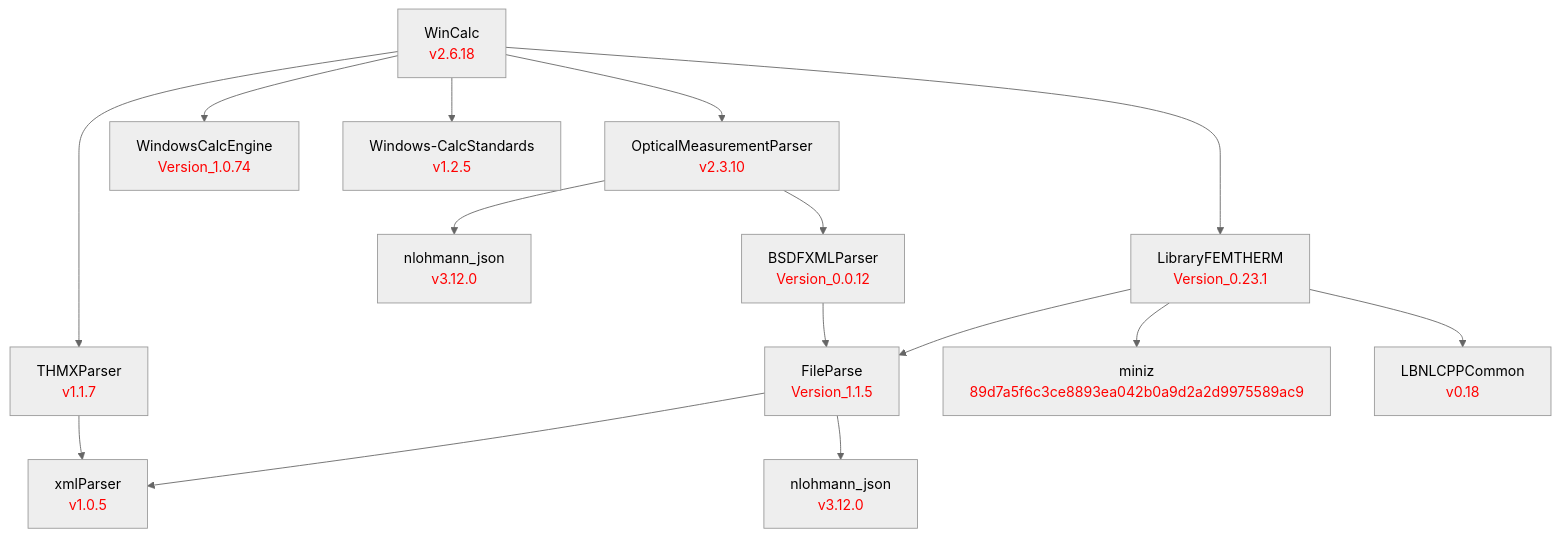
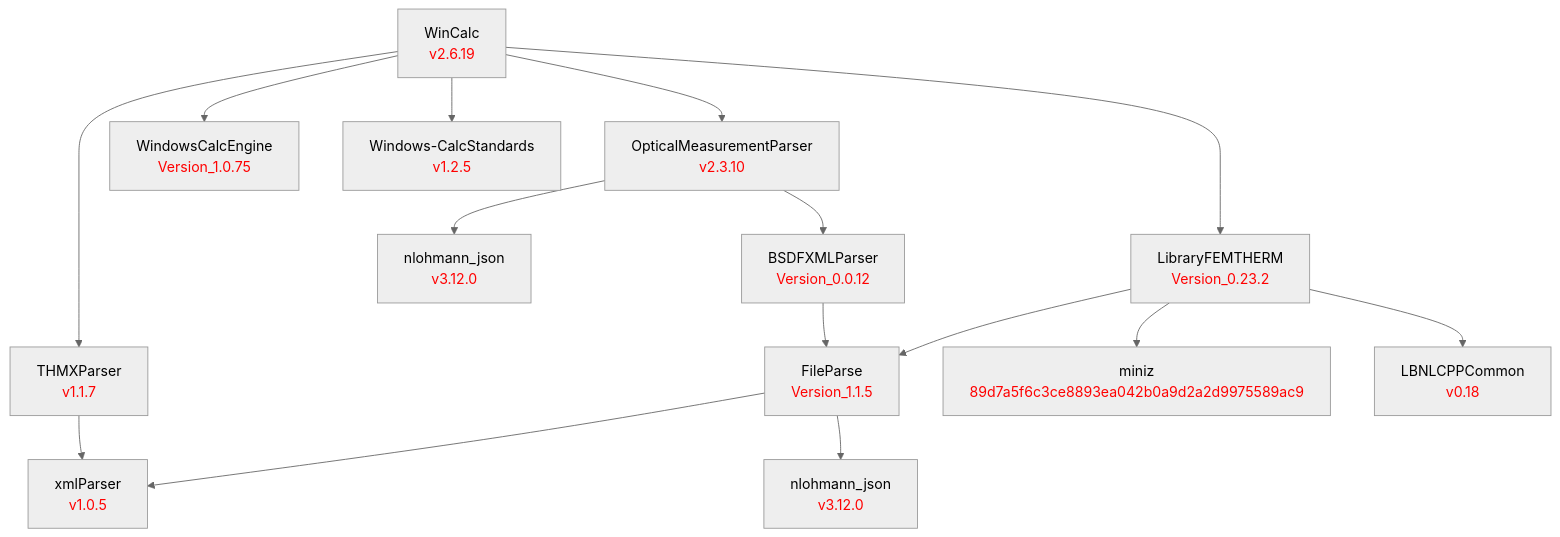
One commit to LBNL-ETA/WinCalc changed the diagram in doc/WinCalc.md. Above: the diagram before and after it, drawn with Mermaid (neutral theme). The commit also changed 1 other file, not shown here.

Commit message:
Bump to v2.6.19

````diff
--- a/doc/WinCalc.md
+++ b/doc/WinCalc.md
@@ -1,49 +1,49 @@
 ```mermaid
 graph TD
     %% Level 0
-    WinCalc[WinCalc<br/><font color='red'>v2.6.18</font>]
+    WinCalc[WinCalc<br/><font color='red'>v2.6.19</font>]
 
     %% Level 1 - direct dependencies
     OpticalMeasurementParser[OpticalMeasurementParser<br/><font color='red'>v2.3.10</font>]
     THMXParser[THMXParser<br/><font color='red'>v1.1.7</font>]
-    WindowsCalcEngine[WindowsCalcEngine<br/><font color='red'>Version_1.0.74</font>]
+    WindowsCalcEngine[WindowsCalcEngine<br/><font color='red'>Version_1.0.75</font>]
     Windows-CalcStandards[Windows-CalcStandards<br/><font color='red'>v1.2.5</font>]
-    LibraryFEMTHERM[LibraryFEMTHERM<br/><font color='red'>Version_0.23.1</font>]
+    LibraryFEMTHERM[LibraryFEMTHERM<br/><font color='red'>Version_0.23.2</font>]
 
     %% Level 2
     nlohmann_omp[nlohmann_json<br/><font color='red'>v3.12.0</font>]
     BSDFXMLParser[BSDFXMLParser<br/><font color='red'>Version_0.0.12</font>]
     FileParse[FileParse<br/><font color='red'>Version_1.1.5</font>]
     miniz[miniz<br/><font color='red'>89d7a5f6c3ce8893ea042b0a9d2a2d9975589ac9</font>]
     LBNLCPPCommon[LBNLCPPCommon<br/><font color='red'>v0.18</font>]
 
     %% Level 3
     xmlParser[xmlParser<br/><font color='red'>v1.0.5</font>]
     nlohmann_fp[nlohmann_json<br/><font color='red'>v3.12.0</font>]
 
     %% WinCalc dependencies
     WinCalc --> OpticalMeasurementParser
     WinCalc --> THMXParser
     WinCalc --> WindowsCalcEngine
     WinCalc --> Windows-CalcStandards
     WinCalc --> LibraryFEMTHERM
 
     %% OpticalMeasurementParser dependencies
     OpticalMeasurementParser --> nlohmann_omp
     OpticalMeasurementParser --> BSDFXMLParser
 
     %% LibraryFEMTHERM dependencies
     LibraryFEMTHERM --> FileParse
     LibraryFEMTHERM --> miniz
     LibraryFEMTHERM --> LBNLCPPCommon
 
     %% BSDFXMLParser dependencies
     BSDFXMLParser --> FileParse
 
     %% FileParse dependencies
     FileParse --> xmlParser
     FileParse --> nlohmann_fp
 
     %% THMXParser dependencies
     THMXParser --> xmlParser
 ```
````
